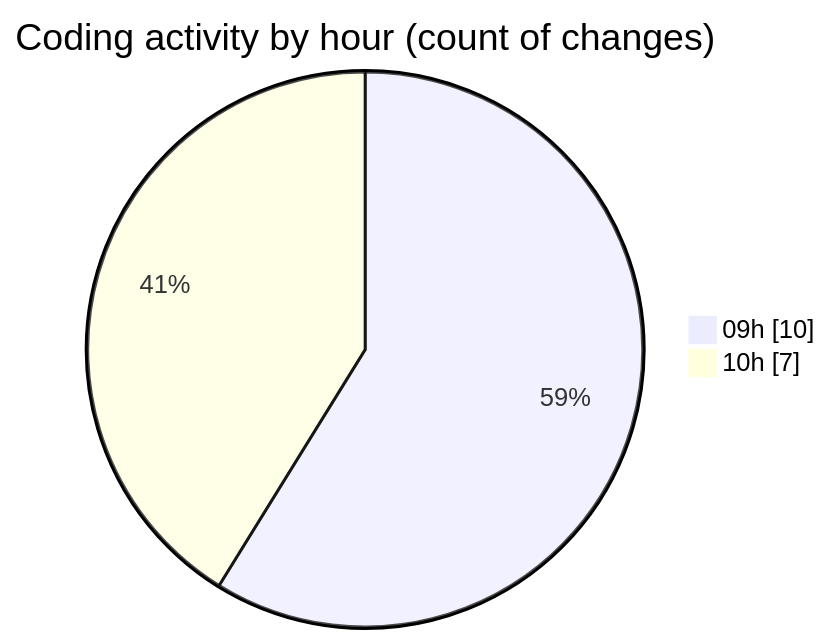
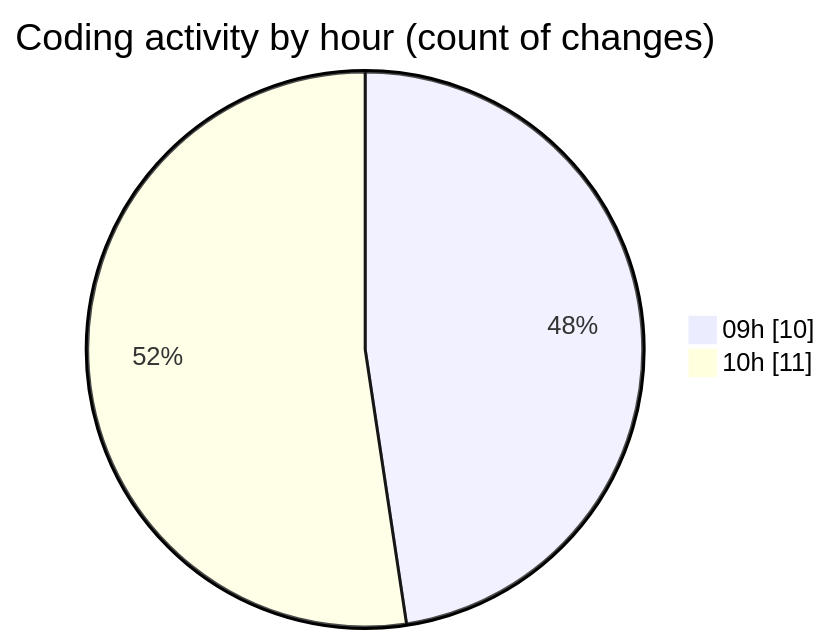
Before and after one commit to MatusMokan/code-tracking: the second of 2 diagrams in 2025-03-21/myws__workspace_/README.md, drawn with Mermaid. The commit also changed other lines of this file and 1 other file, not shown here.

````diff
--- a/2025-03-21/myws__workspace_/README.md
+++ b/2025-03-21/myws__workspace_/README.md
@@ -28,6 +28,6 @@
 ```mermaid
 pie showData
 title Coding activity by hour (count of changes)
 "09h" : 10
-"10h" : 7
+"10h" : 11
 ```
````
